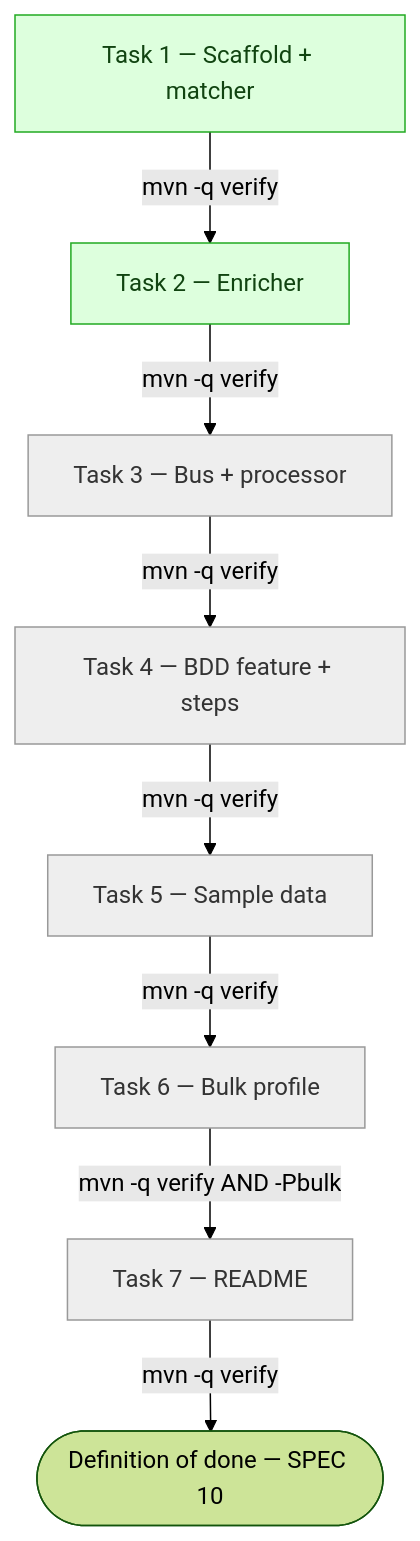
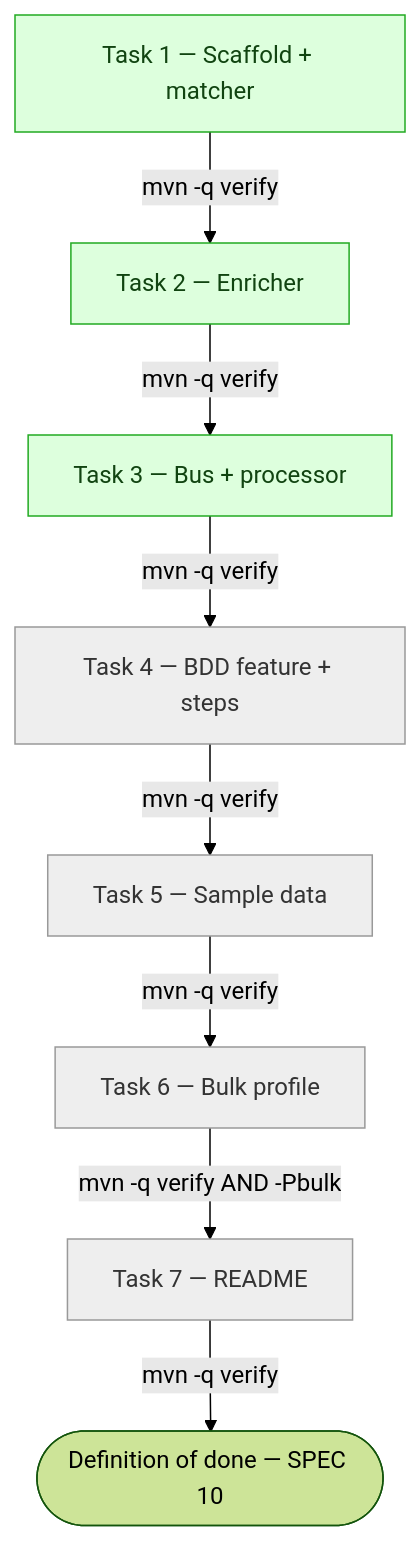
The ninth of 10 diagrams in docs/ARCHITECTURE.md (Cozentus-Technologies/DSV-test-assignement), drawn with Mermaid (forest theme) before and after one commit. The commit also changed other lines of this file and 10 other files, not shown here.

````diff
--- a/docs/ARCHITECTURE.md
+++ b/docs/ARCHITECTURE.md
@@ -362,23 +362,23 @@
 ```mermaid
 flowchart TD
     T1["Task 1 — Scaffold + matcher"]
     T2["Task 2 — Enricher"]
     T3["Task 3 — Bus + processor"]
     T4["Task 4 — BDD feature + steps"]
     T5["Task 5 — Sample data"]
     T6["Task 6 — Bulk profile"]
     T7["Task 7 — README"]
 
     T1 -->|"mvn -q verify"| T2
     T2 -->|"mvn -q verify"| T3
     T3 -->|"mvn -q verify"| T4
     T4 -->|"mvn -q verify"| T5
     T5 -->|"mvn -q verify"| T6
     T6 -->|"mvn -q verify AND -Pbulk"| T7
     T7 -->|"mvn -q verify"| DONE(["Definition of done — SPEC 10"])
 
     classDef done fill:#dfd,stroke:#2a2,color:#141;
     classDef pending fill:#eee,stroke:#999,color:#333;
-    class T1,T2 done
-    class T3,T4,T5,T6,T7 pending
+    class T1,T2,T3 done
+    class T4,T5,T6,T7 pending
 ```
````
